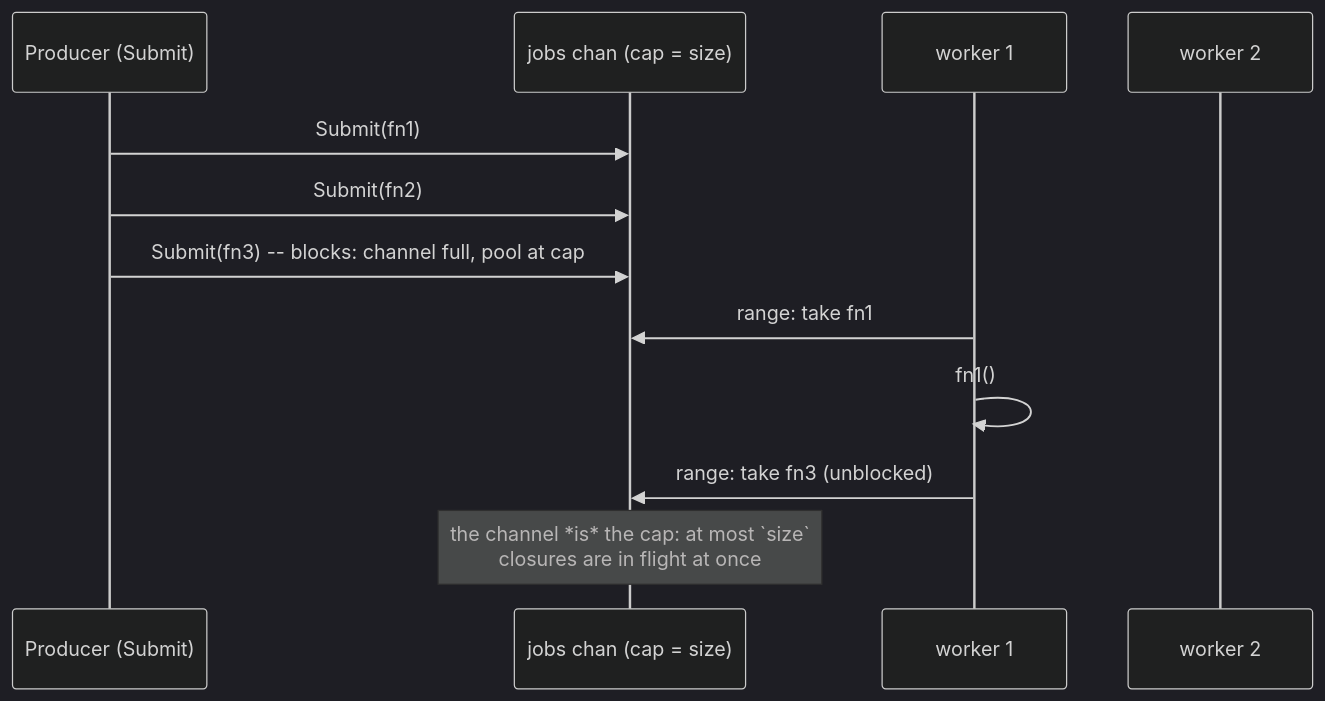
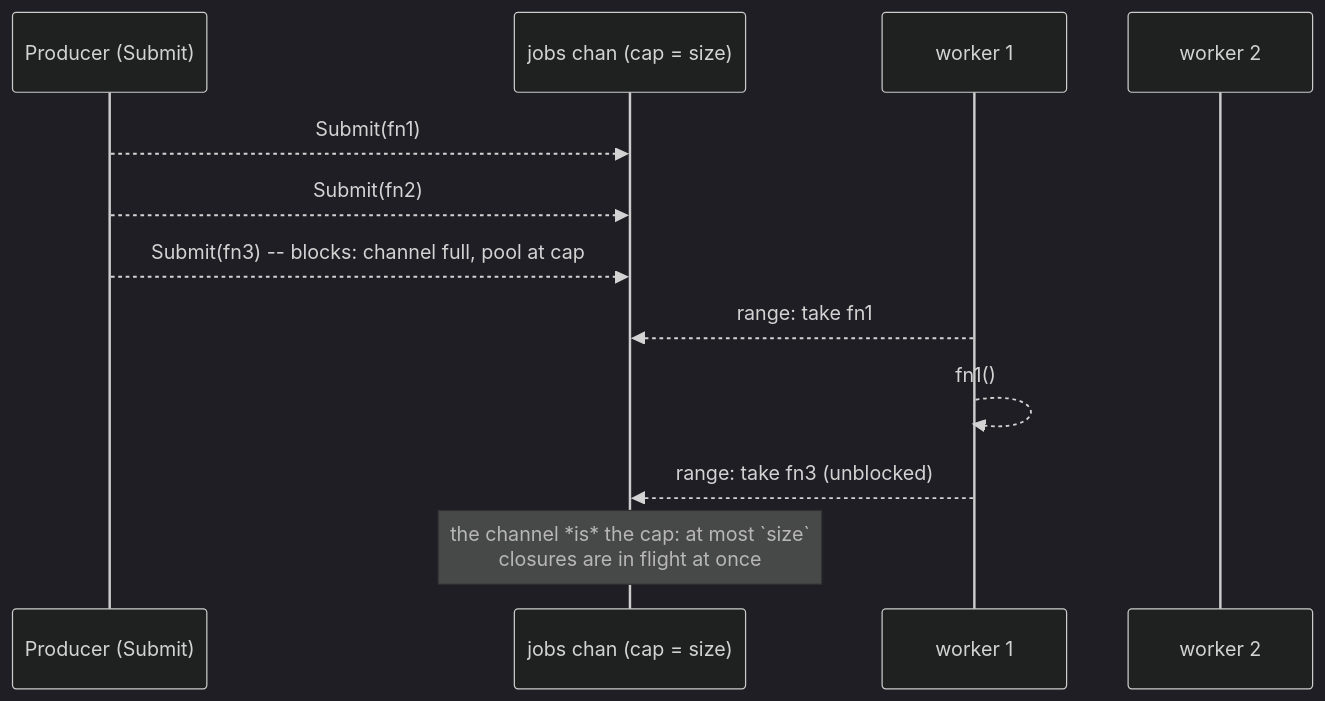
The first of 2 diagrams in content/learn/the-go-goroutine-pool-pattern-that-always-works.md (PunitNaran/golang4u), drawn with Mermaid (dark theme) before and after one commit. The commit also changed 18 other files, not shown here.

Commit message:
fix mermaid sequence-arrow syntax (->, -->> , labeled arrows break hugo template parser)

````diff
--- a/content/learn/the-go-goroutine-pool-pattern-that-always-works.md
+++ b/content/learn/the-go-goroutine-pool-pattern-that-always-works.md
@@ -19,14 +19,14 @@
 ```mermaid
 sequenceDiagram
     participant P as Producer (Submit)
     participant J as jobs chan (cap = size)
     participant W1 as worker 1
     participant W2 as worker 2
-    P->>J: Submit(fn1)
-    P->>J: Submit(fn2)
-    P->>J: Submit(fn3)  -- blocks: channel full, pool at cap
-    W1->>J: range: take fn1
-    W1->>W1: fn1()
-    W1->>J: range: take fn3 (unblocked)
+    P-->>J: Submit(fn1)
+    P-->>J: Submit(fn2)
+    P-->>J: Submit(fn3)  -- blocks: channel full, pool at cap
+    W1-->>J: range: take fn1
+    W1-->>W1: fn1()
+    W1-->>J: range: take fn3 (unblocked)
     Note over J: the channel *is* the cap: at most `size`<br/>closures are in flight at once
 ```
````
